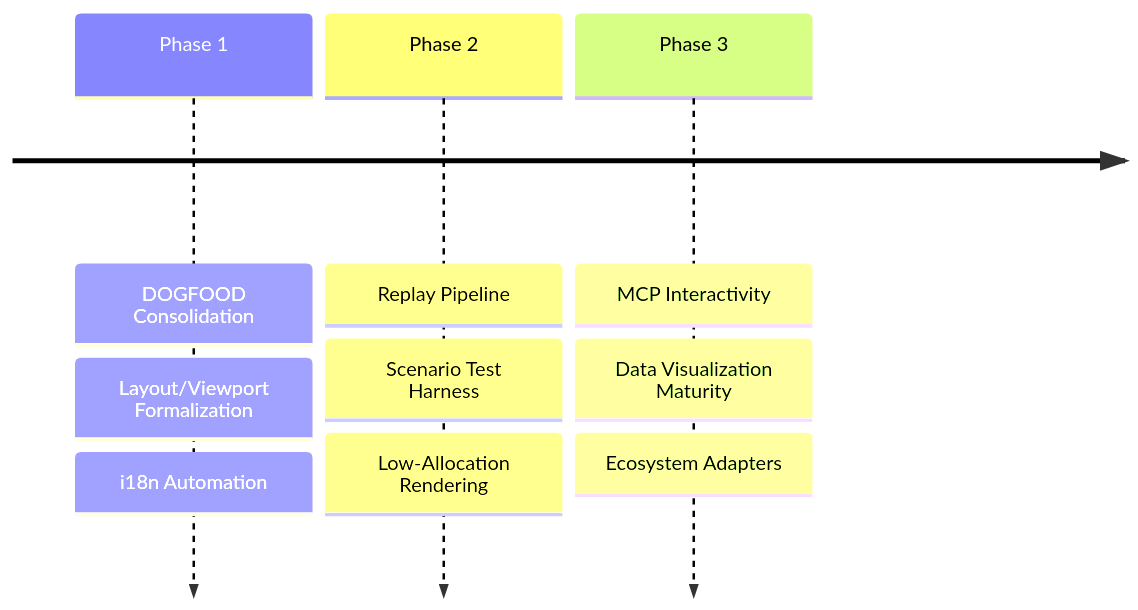
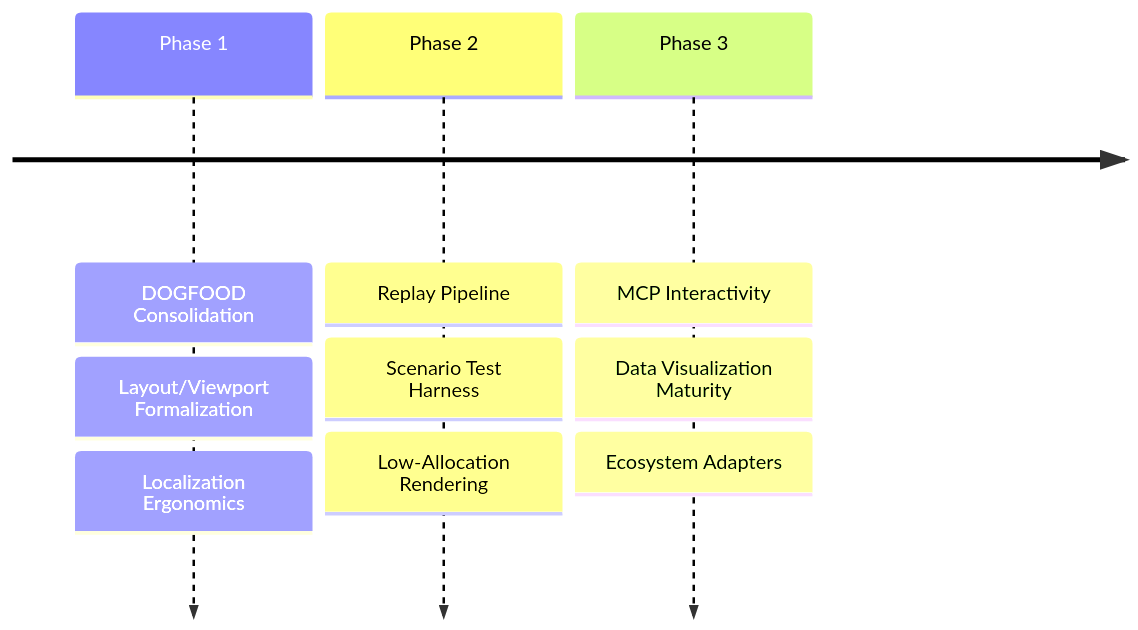
The diagram in docs/ROADMAP.md (flyingrobots/bijou), drawn with Mermaid before and after one commit. The commit also changed other lines of this file and 120 other files, not shown here.

````diff
--- a/docs/ROADMAP.md
+++ b/docs/ROADMAP.md
@@ -14,6 +14,6 @@
 ```mermaid
 timeline
-    Phase 1 : DOGFOOD Consolidation : Layout/Viewport Formalization : i18n Automation
+    Phase 1 : DOGFOOD Consolidation : Layout/Viewport Formalization : Localization Ergonomics
     Phase 2 : Replay Pipeline : Scenario Test Harness : Low-Allocation Rendering
     Phase 3 : MCP Interactivity : Data Visualization Maturity : Ecosystem Adapters
 ```
````
